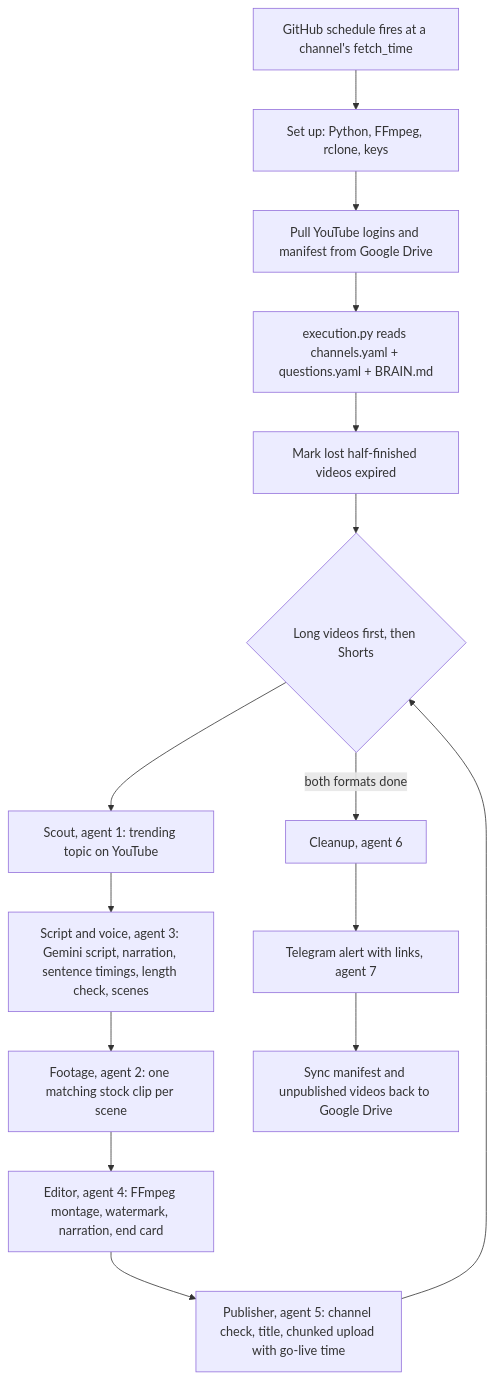
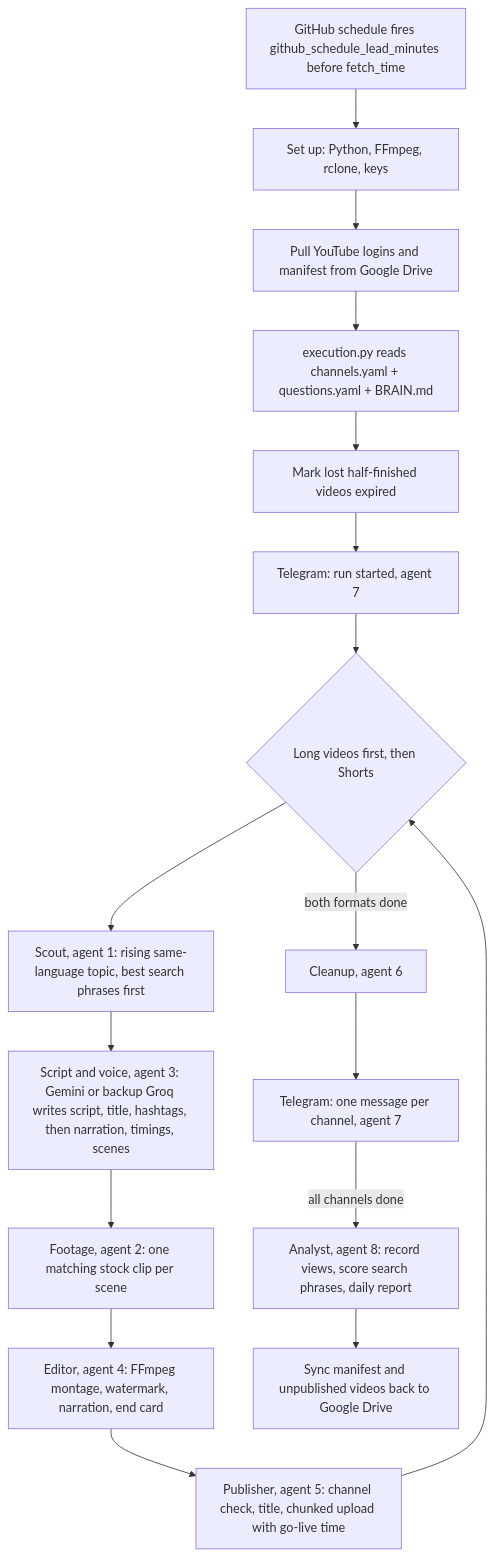
Before and after one commit to tarunteja83/PersonalProjects-TT83: the diagram in youtube-automation-agents/execution/execution.md, drawn with Mermaid. The commit also changed other lines of this file and 14 other files, not shown here.

First line of the commit message:
Add view-growth rules, Analyst feedback loop, --learn and Groq backup AI

````diff
--- a/youtube-automation-agents/execution/execution.md
+++ b/youtube-automation-agents/execution/execution.md
@@ -31,17 +31,19 @@
 ```mermaid
 flowchart TD
-    A[GitHub schedule fires at a channel's fetch_time] --> B[Set up: Python, FFmpeg, rclone, keys]
+    A[GitHub schedule fires github_schedule_lead_minutes before fetch_time] --> B[Set up: Python, FFmpeg, rclone, keys]
     B --> C[Pull YouTube logins and manifest from Google Drive]
     C --> D[execution.py reads channels.yaml + questions.yaml + BRAIN.md]
     D --> E[Mark lost half-finished videos expired]
-    E --> F{Long videos first, then Shorts}
-    F --> G[Scout, agent 1: trending topic on YouTube]
-    G --> H[Script and voice, agent 3: Gemini script, narration, sentence timings, length check, scenes]
+    E --> T[Telegram: run started, agent 7]
+    T --> F{Long videos first, then Shorts}
+    F --> G[Scout, agent 1: rising same-language topic, best search phrases first]
+    G --> H[Script and voice, agent 3: Gemini or backup Groq writes script, title, hashtags, then narration, timings, scenes]
     H --> I[Footage, agent 2: one matching stock clip per scene]
     I --> J[Editor, agent 4: FFmpeg montage, watermark, narration, end card]
     J --> K[Publisher, agent 5: channel check, title, chunked upload with go-live time]
     K --> F
     F -->|both formats done| L[Cleanup, agent 6]
-    L --> M[Telegram alert with links, agent 7]
-    M --> N[Sync manifest and unpublished videos back to Google Drive]
+    L --> M[Telegram: one message per channel, agent 7]
+    M -->|all channels done| P[Analyst, agent 8: record views, score search phrases, daily report]
+    P --> N[Sync manifest and unpublished videos back to Google Drive]
 ```
````
